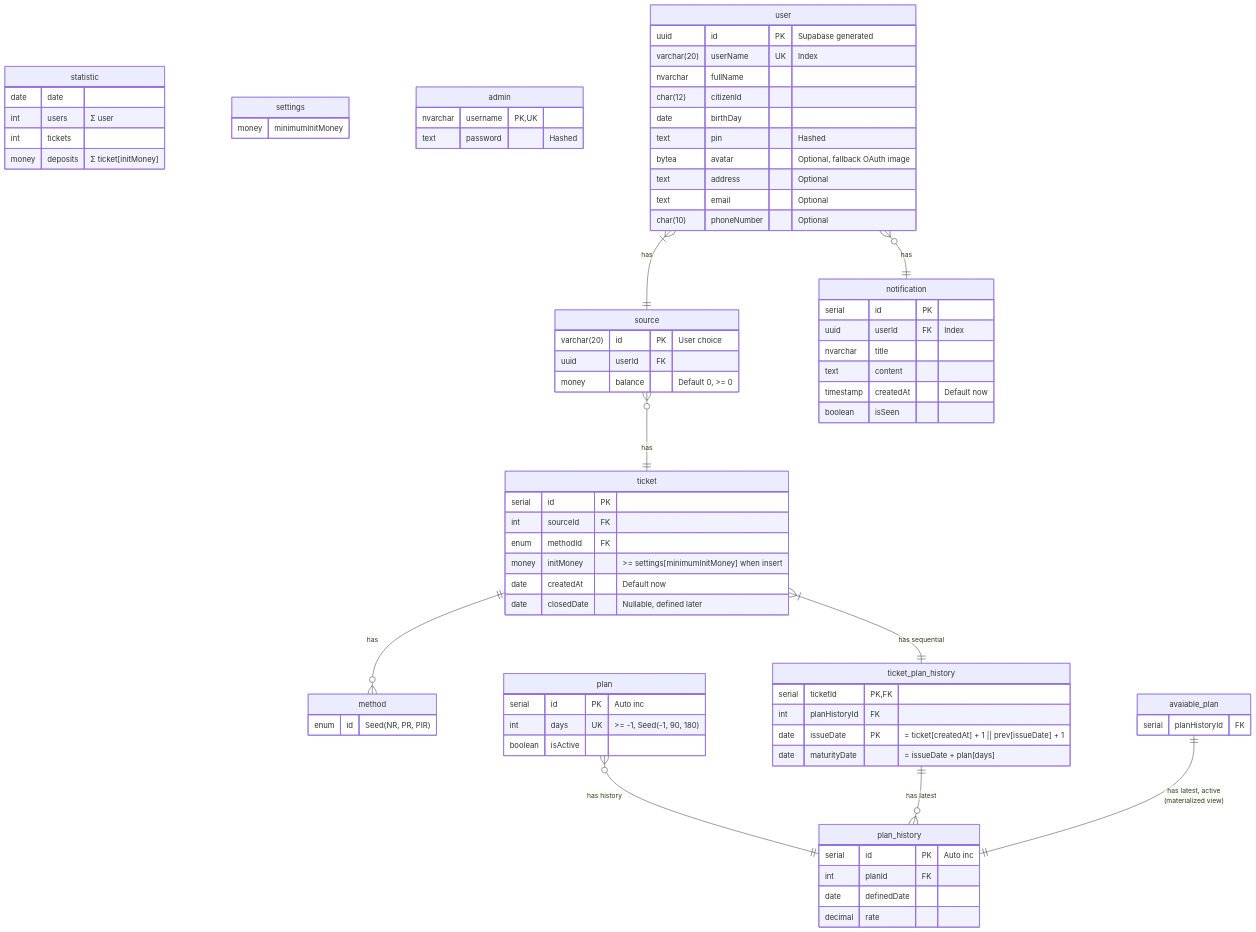
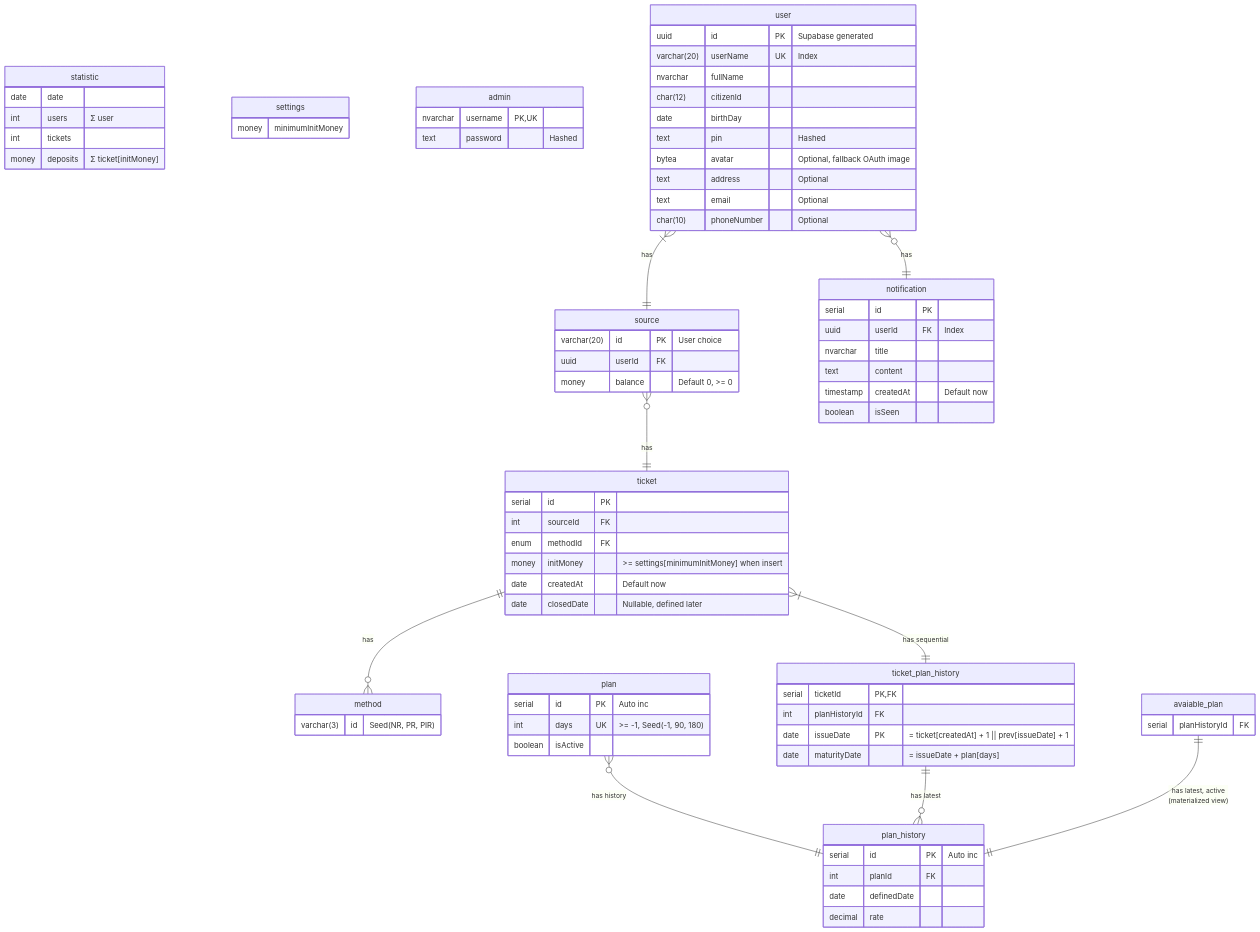
Before and after one commit to coinhub-uit/coinhub-uit.github.io: the diagram in docs/diagrams/database.md, drawn with Mermaid.

Commit message:
docs(database): change enum in method id to varchar(3)

```diff
--- a/docs/diagrams/database.md
+++ b/docs/diagrams/database.md
@@ -42,7 +42,7 @@
   }
 
   method {
-    enum id "Seed(NR, PR, PIR)"
+    varchar(3) id "Seed(NR, PR, PIR)"
   }
 
   plan_history {
@@ -56,9 +56,7 @@
     serial id PK
     int sourceId FK
     enum methodId FK
-    %% So what if I changed and there're other ... already, will be failed
     money initMoney ">= settings[minimumInitMoney] when insert"
-    %% Calculate before return to client (not in DB)?
     date createdAt "Default now"
     date closedDate "Nullable, defined later"
   }
```
